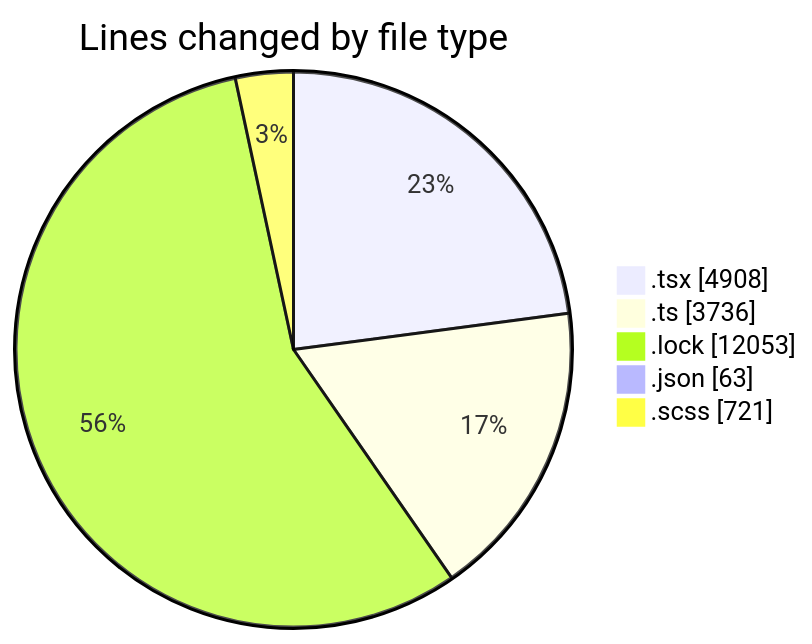
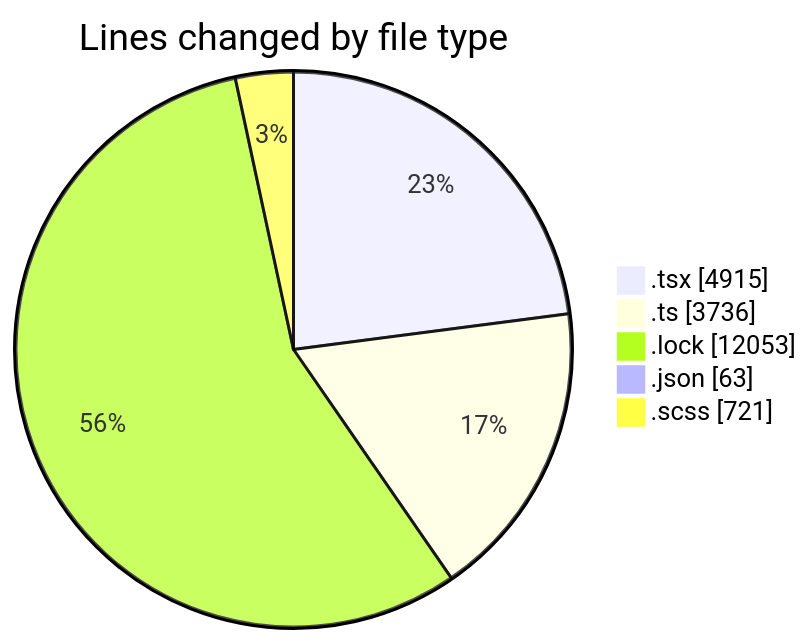
The first of 2 diagrams in 2025-12-03/cda/README.md (momahboobian/code-tracking), drawn with Mermaid before and after one commit. The commit also changed other lines of this file and 1 other file, not shown here.

````diff
--- a/2025-12-03/cda/README.md
+++ b/2025-12-03/cda/README.md
@@ -32,9 +32,9 @@
 ```mermaid
 pie showData
 title Lines changed by file type
-".tsx" : 4908
+".tsx" : 4915
 ".ts" : 3736
 ".lock" : 12053
 ".json" : 63
 ".scss" : 721
 ```
````
